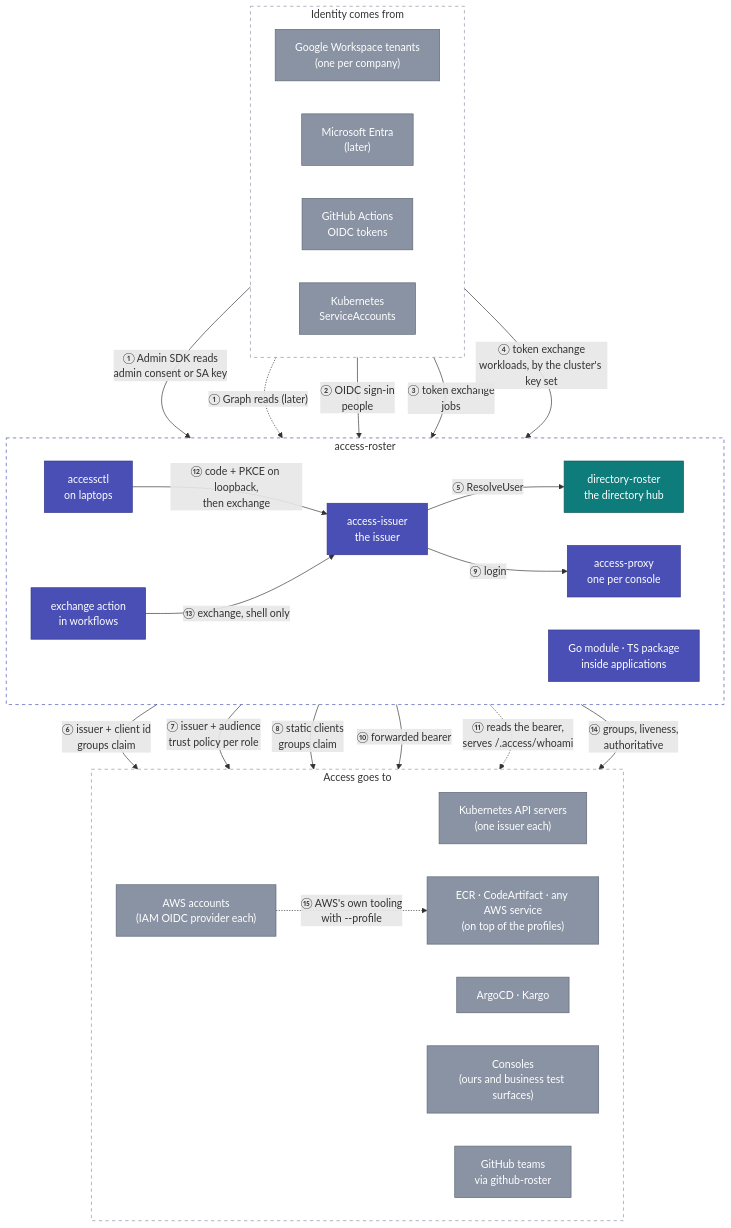
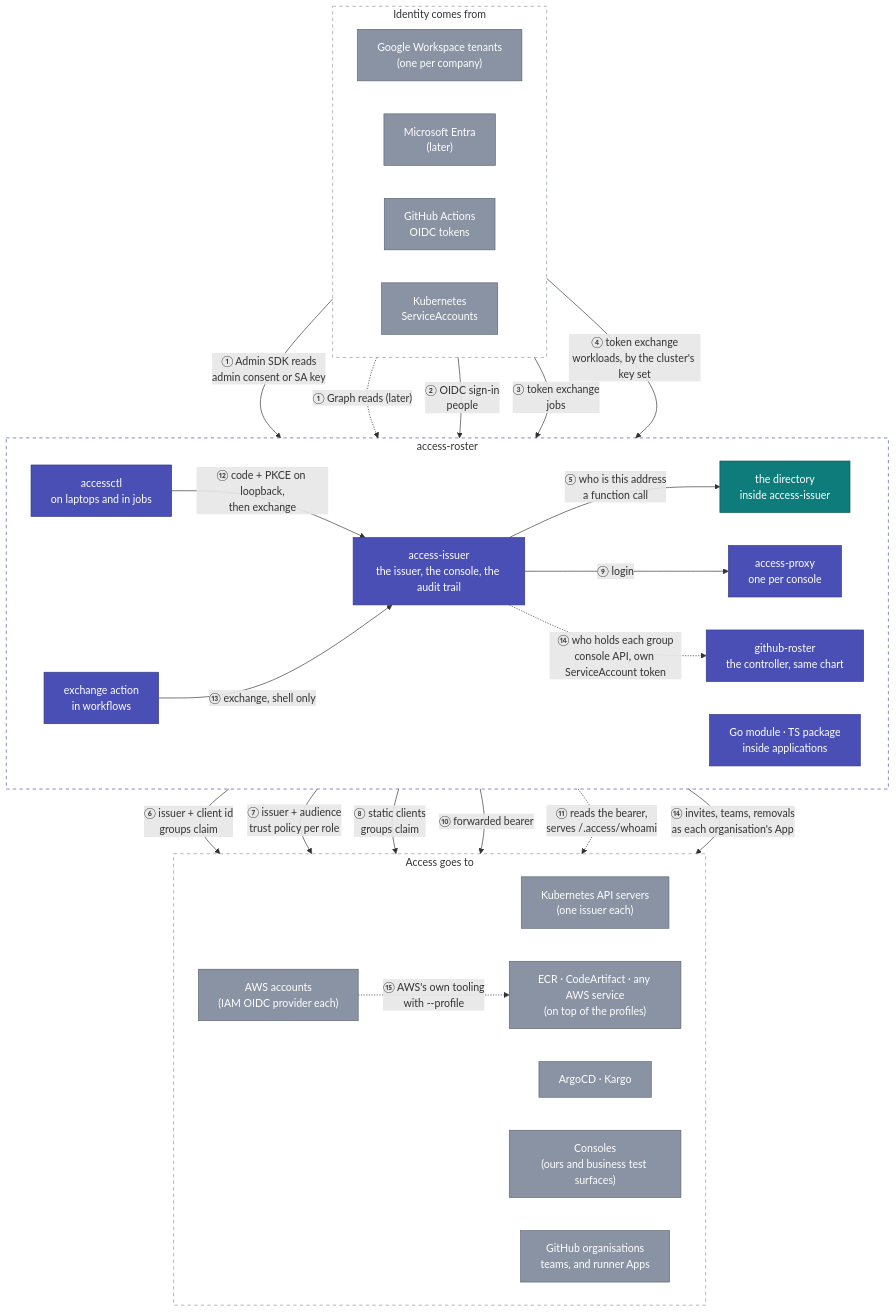
The diagram in docs/integrations.md (truvity/access-roster), drawn with Mermaid before and after one commit. The commit also changed other lines of this file and 37 other files, not shown here.

````diff
--- a/docs/integrations.md
+++ b/docs/integrations.md
@@ -15,54 +15,56 @@
 ```mermaid
 flowchart TB
   subgraph in["Identity comes from"]
     direction LR
     gws["Google Workspace tenants<br/>(one per company)"]:::ext
     entra["Microsoft Entra<br/>(later)"]:::ext
     gh["GitHub Actions<br/>OIDC tokens"]:::ext
     sa["Kubernetes<br/>ServiceAccounts"]:::ext
   end
 
   subgraph ar["access-roster"]
     direction LR
-    hub["directory-roster<br/>the directory hub"]:::hub
-    iss["access-issuer<br/>the issuer"]:::token
+    hub["the directory<br/>inside access-issuer"]:::hub
+    iss["access-issuer<br/>the issuer, the console, the audit trail"]:::token
+    ghr["github-roster<br/>the controller, same chart"]:::token
     proxy["access-proxy<br/>one per console"]:::token
     lib["Go module · TS package<br/>inside applications"]:::token
-    ctl["accessctl<br/>on laptops"]:::token
+    ctl["accessctl<br/>on laptops and in jobs"]:::token
     act["exchange action<br/>in workflows"]:::token
   end
 
   subgraph out["Access goes to"]
     direction LR
     eks["Kubernetes API servers<br/>(one issuer each)"]:::ext
     aws["AWS accounts<br/>(IAM OIDC provider each)"]:::ext
     argo["ArgoCD · Kargo"]:::ext
     consoles["Consoles<br/>(ours and business test surfaces)"]:::ext
-    ghteams["GitHub teams<br/>via github-roster"]:::ext
+    ghteams["GitHub organisations<br/>teams, and runner Apps"]:::ext
     reg["ECR · CodeArtifact · any AWS service<br/>(on top of the profiles)"]:::ext
   end
 
   gws -- "① Admin SDK reads<br/>admin consent or SA key" --> hub
   entra -. "① Graph reads (later)" .-> hub
   gws -- "② OIDC sign-in<br/>people" --> iss
   gh -- "③ token exchange<br/>jobs" --> iss
   sa -- "④ token exchange<br/>workloads, by the cluster's key set" --> iss
-  iss -- "⑤ ResolveUser" --> hub
+  iss -- "⑤ who is this address<br/>a function call" --> hub
   iss -- "⑥ issuer + client id<br/>groups claim" --> eks
   iss -- "⑦ issuer + audience<br/>trust policy per role" --> aws
   iss -- "⑧ static clients<br/>groups claim" --> argo
   iss -- "⑨ login" --> proxy
   proxy -- "⑩ forwarded bearer" --> consoles
   lib -. "⑪ reads the bearer,<br/>serves /.access/whoami" .-> consoles
   ctl -- "⑫ code + PKCE on loopback,<br/>then exchange" --> iss
   act -- "⑬ exchange, shell only" --> iss
-  hub -- "⑭ groups, liveness,<br/>authoritative" --> ghteams
+  iss -. "⑭ who holds each group<br/>console API, own ServiceAccount token" .-> ghr
+  ghr -- "⑭ invites, teams, removals<br/>as each organisation's App" --> ghteams
   aws -. "⑮ AWS's own tooling<br/>with --profile" .-> reg
 
   classDef ext fill:#8A93A3,stroke:#5E6675,color:#fff
   classDef hub fill:#0E7C7B,stroke:#0A5958,color:#fff
   classDef token fill:#4A4FB5,stroke:#33378A,color:#fff
   style in fill:none,stroke:#8A93A3,stroke-dasharray:5 5
   style out fill:none,stroke:#8A93A3,stroke-dasharray:5 5
   style ar fill:none,stroke:#4A4FB5,stroke-dasharray:5 5
 ```
````
